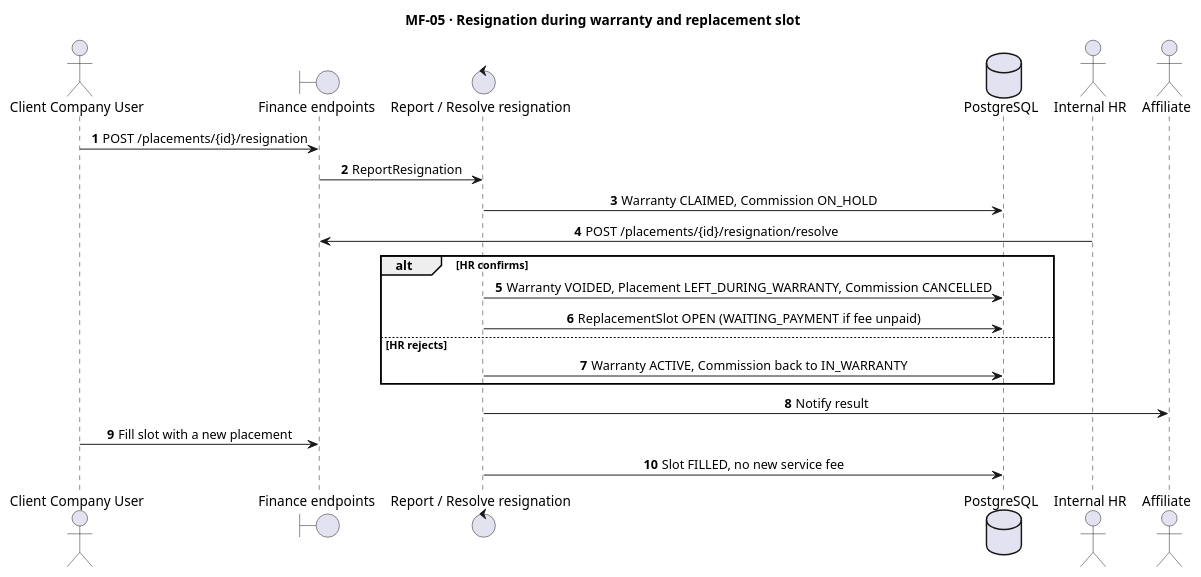
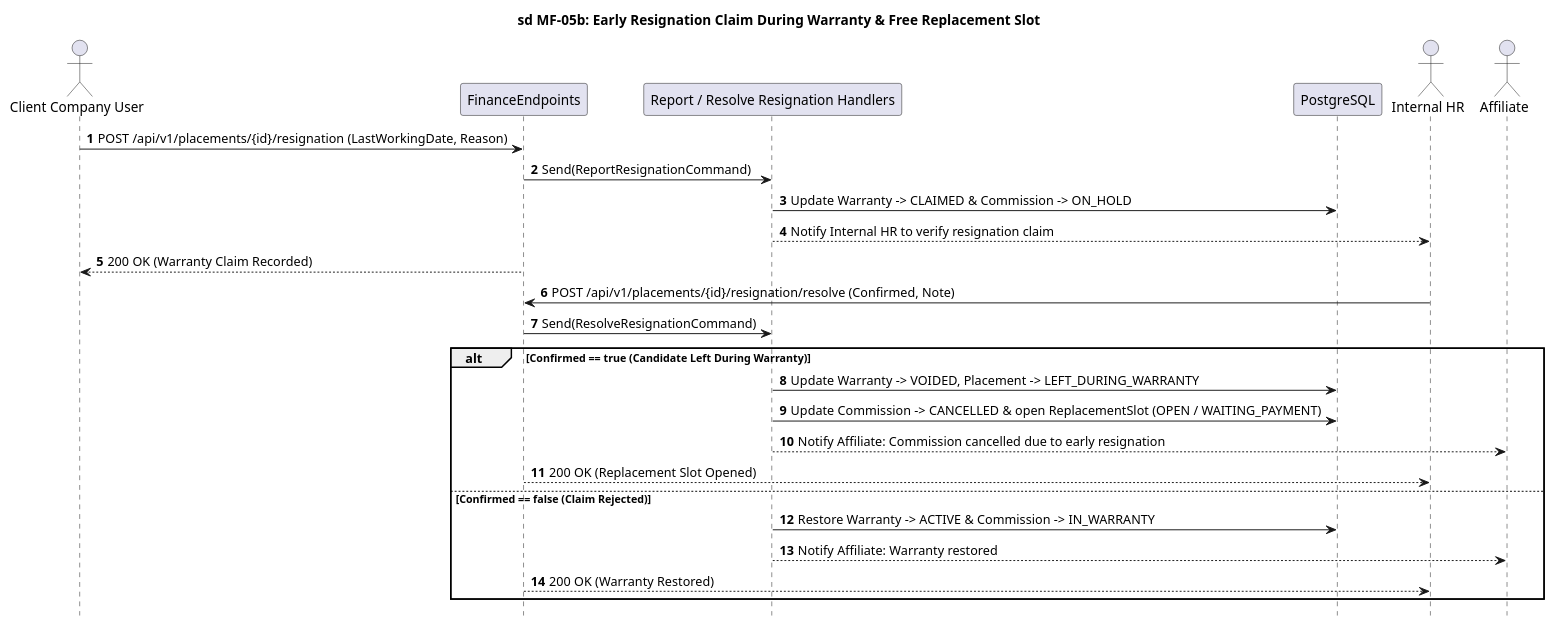
Before and after one commit to hoangqui794/hr-connect: the diagram in docs/diagrams/sequences/source/seq-mf05-resignation-replacement.puml, drawn with PlantUML. The commit also changed 172 other files, not shown here.

Commit message:
docs: add architectural, sequence, and state machine diagrams

```diff
--- a/docs/diagrams/sequences/source/seq-mf05-resignation-replacement.puml
+++ b/docs/diagrams/sequences/source/seq-mf05-resignation-replacement.puml
@@ -1,24 +1,28 @@
 @startuml seq-mf05-resignation-replacement
+title sd MF-05b: Early Resignation Claim During Warranty & Free Replacement Slot
 autonumber
-skinparam sequenceMessageAlign center
-title MF-05 · Resignation during warranty and replacement slot
+hide footbox
 actor "Client Company User" as CL
-boundary "Finance endpoints" as API
-control "Report / Resolve resignation" as H
-database "PostgreSQL" as DB
+participant "FinanceEndpoints" as API
+participant "Report / Resolve Resignation Handlers" as H
+participant "PostgreSQL" as DB
 actor "Internal HR" as HR
 actor "Affiliate" as AF
-CL -> API : POST /placements/{id}/resignation
-API -> H : ReportResignation
-H -> DB : Warranty CLAIMED, Commission ON_HOLD
-HR -> API : POST /placements/{id}/resignation/resolve
-alt HR confirms
-H -> DB : Warranty VOIDED, Placement LEFT_DURING_WARRANTY, Commission CANCELLED
-H -> DB : ReplacementSlot OPEN (WAITING_PAYMENT if fee unpaid)
-else HR rejects
-H -> DB : Warranty ACTIVE, Commission back to IN_WARRANTY
+CL -> API : POST /api/v1/placements/{id}/resignation (LastWorkingDate, Reason)
+API -> H : Send(ReportResignationCommand)
+H -> DB : Update Warranty -> CLAIMED & Commission -> ON_HOLD
+H --> HR : Notify Internal HR to verify resignation claim
+API --> CL : 200 OK (Warranty Claim Recorded)
+HR -> API : POST /api/v1/placements/{id}/resignation/resolve (Confirmed, Note)
+API -> H : Send(ResolveResignationCommand)
+alt Confirmed == true (Candidate Left During Warranty)
+H -> DB : Update Warranty -> VOIDED, Placement -> LEFT_DURING_WARRANTY
+H -> DB : Update Commission -> CANCELLED & open ReplacementSlot (OPEN / WAITING_PAYMENT)
+H --> AF : Notify Affiliate: Commission cancelled due to early resignation
+API --> HR : 200 OK (Replacement Slot Opened)
+else Confirmed == false (Claim Rejected)
+H -> DB : Restore Warranty -> ACTIVE & Commission -> IN_WARRANTY
+H --> AF : Notify Affiliate: Warranty restored
+API --> HR : 200 OK (Warranty Restored)
 end
-H -> AF : Notify result
-CL -> API : Fill slot with a new placement
-H -> DB : Slot FILLED, no new service fee
 @enduml
```
